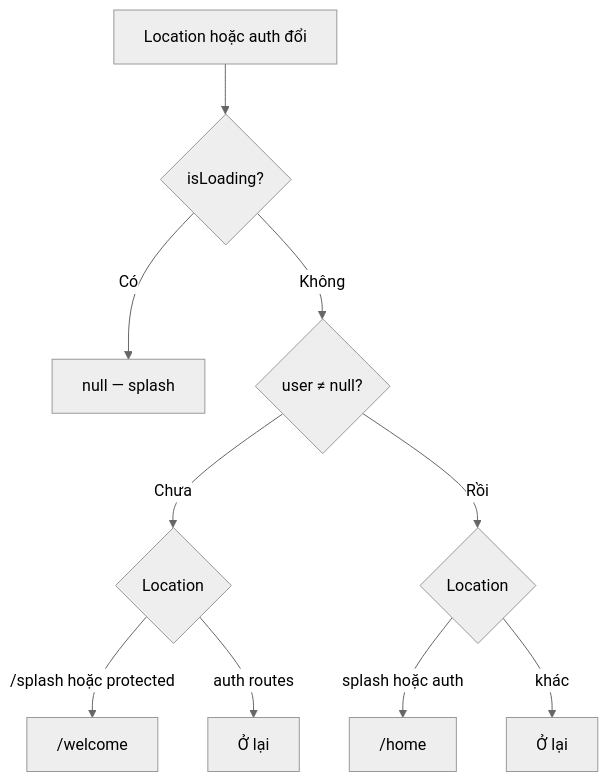
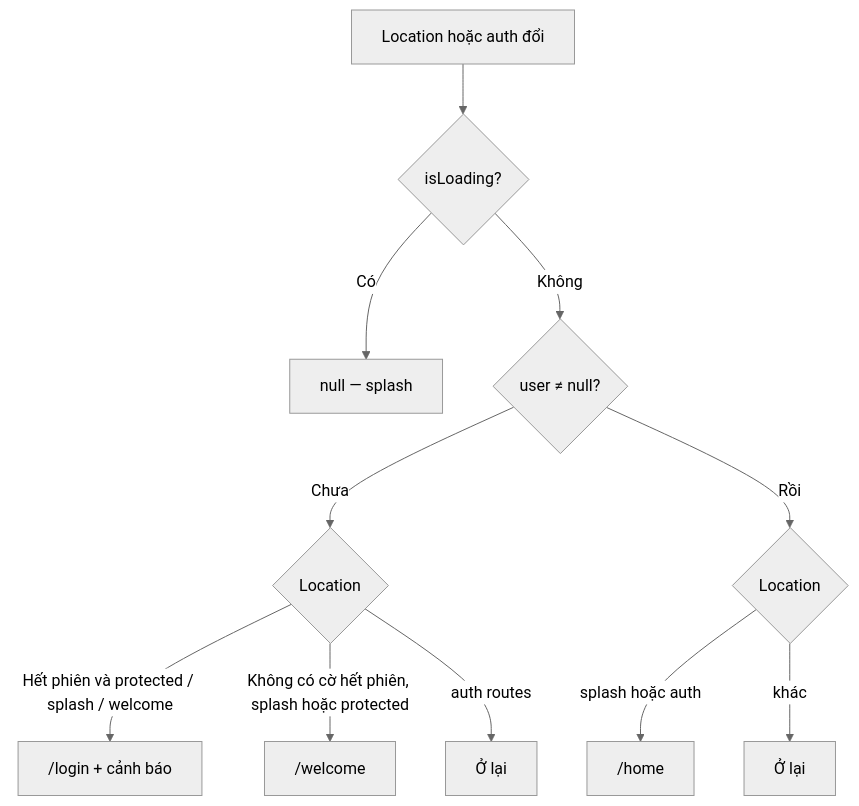
One commit to FintechVSF-Tranning/PaySplit-RP changed the fifth of 6 diagrams in flow/07-app-startup-network.md. Above: the diagram before and after it, drawn with Mermaid (neutral theme). The commit also changed other lines of this file and 11 other files, not shown here.

First line of the commit message:
docs: Update flow documentation and reports for synchronization on 06/09/2026

````diff
--- a/flow/07-app-startup-network.md
+++ b/flow/07-app-startup-network.md
@@ -247,12 +250,13 @@
 ```mermaid
 flowchart TD
     A["Location hoặc auth đổi"] --> B{"isLoading?"}
     B -->|"Có"| C["null — splash"]
     B -->|"Không"| D{"user ≠ null?"}
     D -->|"Chưa"| E{"Location"}
-    E -->|"/splash hoặc protected"| F["/welcome"]
+    E -->|"Hết phiên và protected / splash / welcome"| X["/login + cảnh báo"]
+    E -->|"Không có cờ hết phiên, splash hoặc protected"| F["/welcome"]
     E -->|"auth routes"| G["Ở lại"]
     D -->|"Rồi"| H{"Location"}
     H -->|"splash hoặc auth"| I["/home"]
     H -->|"khác"| J["Ở lại"]
 ```
````
